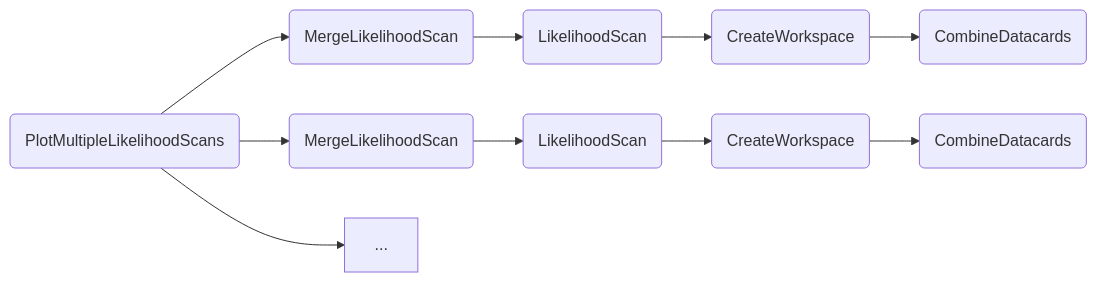
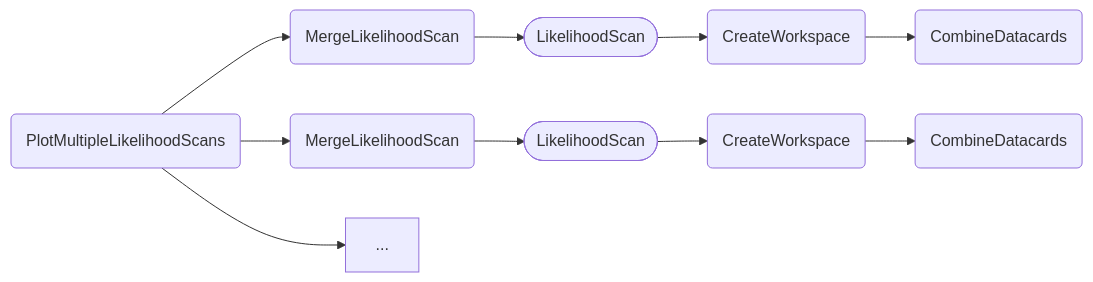
One commit to cms-hh/inference_tools changed the second of 3 diagrams in docs/content/tasks/likelihood.md. Above: the diagram before and after it, drawn with Mermaid. The commit also changed other lines of this file and 6 other files, not shown here.

Commit message:
Mark workflows in docs dependency graphs.

````diff
--- a/docs/content/tasks/likelihood.md
+++ b/docs/content/tasks/likelihood.md
@@ -166,12 +168,12 @@
 ```mermaid
     graph LR;
     A(PlotMultipleLikelihoodScans) --> B1(MergeLikelihoodScan);
     A --> B2(MergeLikelihoodScan);
     A --> ...;
-    B1 --> C1(LikelihoodScan);
-    B2 --> C2(LikelihoodScan);
+    B1 --> C1([LikelihoodScan]);
+    B2 --> C2([LikelihoodScan]);
     C1 --> D1(CreateWorkspace);
     C2 --> D2(CreateWorkspace);
     D1 --> E1(CombineDatacards);
     D2 --> E2(CombineDatacards);
 ```
````
